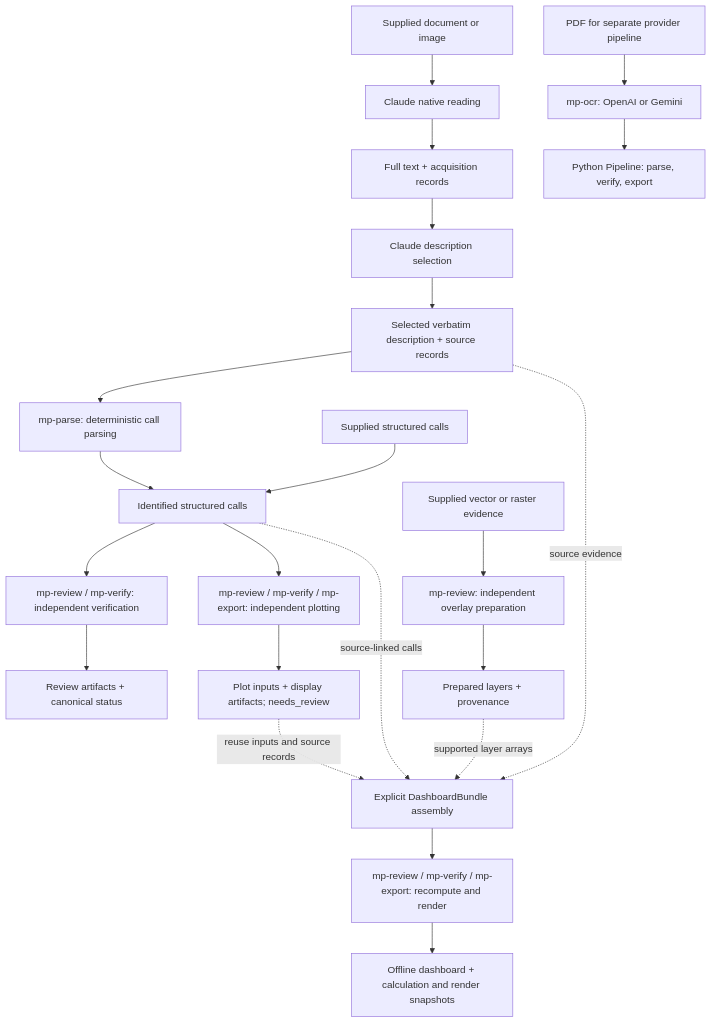
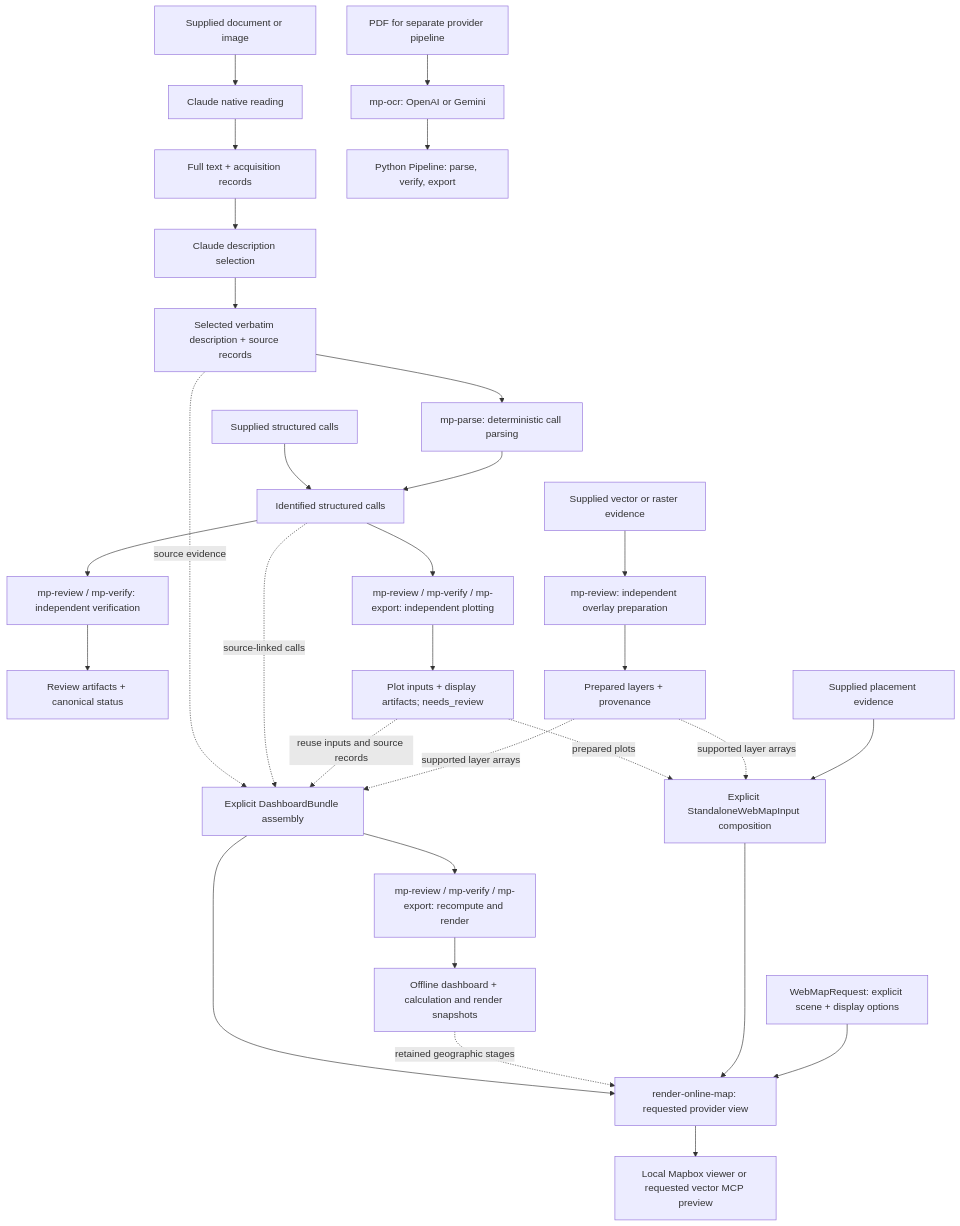
The second of 2 diagrams in docs/ARCHITECTURE.md (domfahey/metesParser), drawn with Mermaid before and after one commit. The commit also changed other lines of this file and 56 other files, not shown here.

First line of the commit message:
feat: compose standalone Mapbox rendering and skills

````diff
--- a/docs/ARCHITECTURE.md
+++ b/docs/ARCHITECTURE.md
@@ -163,24 +163,32 @@
 ```mermaid
 flowchart TD
     document[Supplied document or image] --> native[Claude native reading]
     native --> text[Full text + acquisition records]
     text --> selection[Claude description selection]
     selection --> selected[Selected verbatim description + source records]
     selected --> parse[mp-parse: deterministic call parsing]
     supplied[Supplied structured calls] --> calls[Identified structured calls]
     parse --> calls
     calls --> verify[mp-review / mp-verify: independent verification]
     verify --> checked[Review artifacts + canonical status]
     calls --> plot[mp-review / mp-verify / mp-export: independent plotting]
     plot --> plotted[Plot inputs + display artifacts; needs_review]
     maps[Supplied vector or raster evidence] --> overlay[mp-review: independent overlay preparation]
     overlay --> prepared[Prepared layers + provenance]
     selected -. source evidence .-> assembly[Explicit DashboardBundle assembly]
     calls -. source-linked calls .-> assembly
     plotted -. reuse inputs and source records .-> assembly
     prepared -. supported layer arrays .-> assembly
     assembly --> dashboard[mp-review / mp-verify / mp-export: recompute and render]
     dashboard --> output[Offline dashboard + calculation and render snapshots]
+    assembly --> online[render-online-map: requested provider view]
+    output -. retained geographic stages .-> online
+    plotted -. prepared plots .-> standalone[Explicit StandaloneWebMapInput composition]
+    prepared -. supported layer arrays .-> standalone
+    placement[Supplied placement evidence] --> standalone
+    standalone --> online
+    config[WebMapRequest: explicit scene + display options] --> online
+    online --> viewer[Local Mapbox viewer or requested vector MCP preview]
     pdf[PDF for separate provider pipeline] --> ocr[mp-ocr: OpenAI or Gemini]
     ocr --> legacy[Python Pipeline: parse, verify, export]
 ```
````
